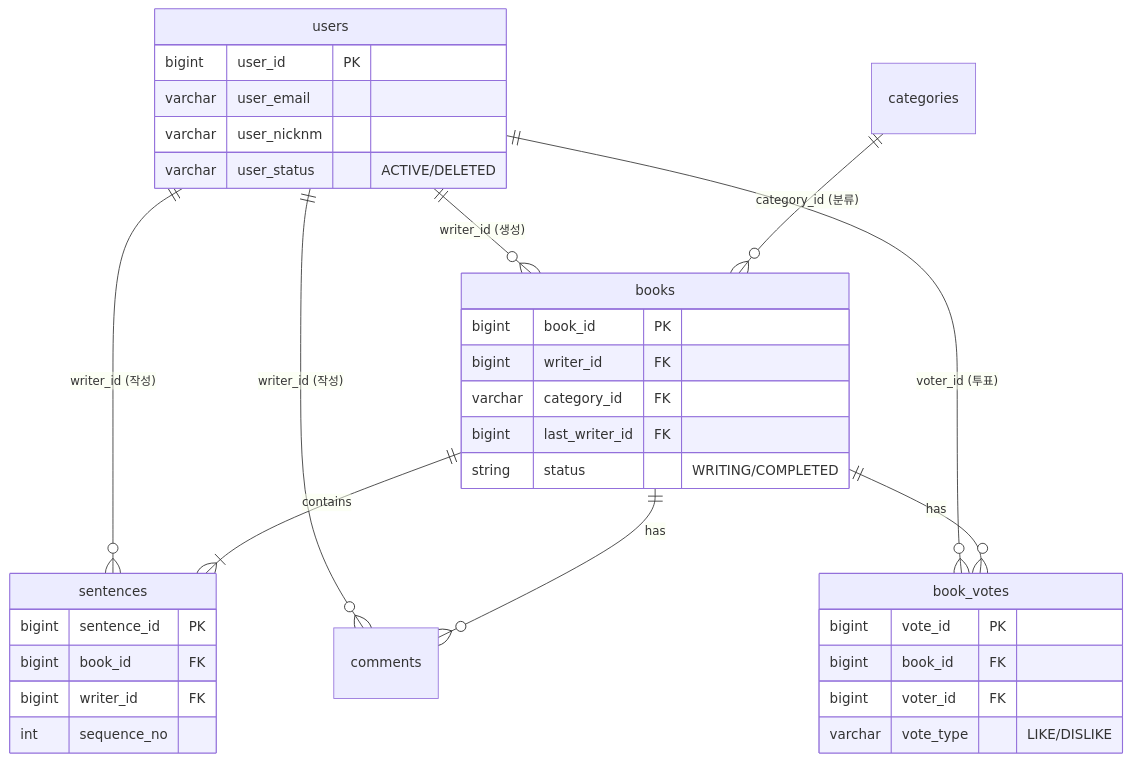
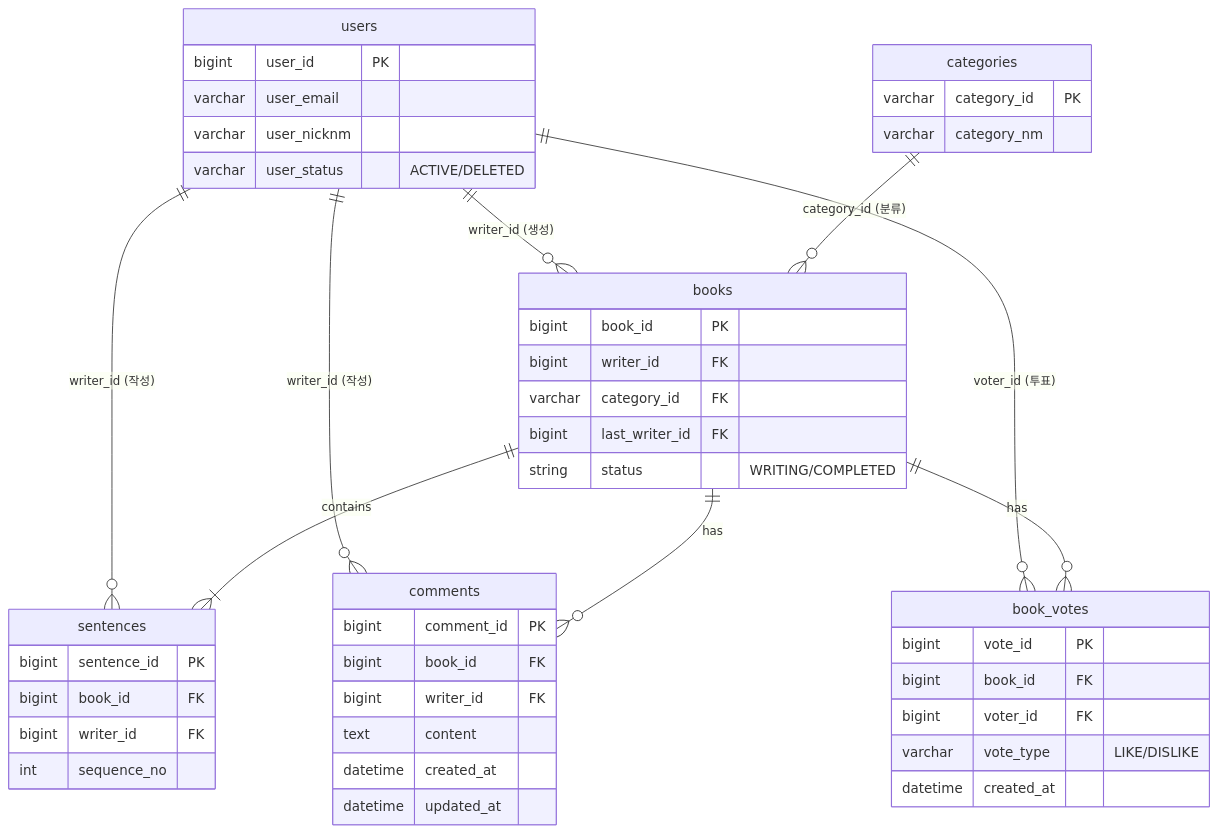
One commit to wjdqudwls/be22-2nd-team2-project changed the diagram in README.md. Above: the diagram before and after it, drawn with Mermaid. The commit also changed other lines of this file, not shown here.

````diff
--- a/README.md
+++ b/README.md
@@ -73,42 +73,57 @@
 ```mermaid
 erDiagram
     users ||--o{ books : "writer_id (생성)"
     users ||--o{ sentences : "writer_id (작성)"
     users ||--o{ comments : "writer_id (작성)"
     users ||--o{ book_votes : "voter_id (투표)"
 
     categories ||--o{ books : "category_id (분류)"
 
     books ||--|{ sentences : contains
     books ||--o{ comments : has
     books ||--o{ book_votes : has
 
     users {
         bigint user_id PK
         varchar user_email
         varchar user_nicknm
         varchar user_status "ACTIVE/DELETED"
     }
     
     books {
         bigint book_id PK
         bigint writer_id FK
         varchar category_id FK
         bigint last_writer_id FK
         string status "WRITING/COMPLETED"
     }
 
     sentences {
         bigint sentence_id PK
         bigint book_id FK
         bigint writer_id FK
         int sequence_no
     }
     
     book_votes {
         bigint vote_id PK
         bigint book_id FK
         bigint voter_id FK
         varchar vote_type "LIKE/DISLIKE"
+        datetime created_at
+    }
+
+    comments {
+        bigint comment_id PK
+        bigint book_id FK
+        bigint writer_id FK
+        text content
+        datetime created_at
+        datetime updated_at
+    }
+
+    categories {
+        varchar category_id PK
+        varchar category_nm
     }
 ```
````
